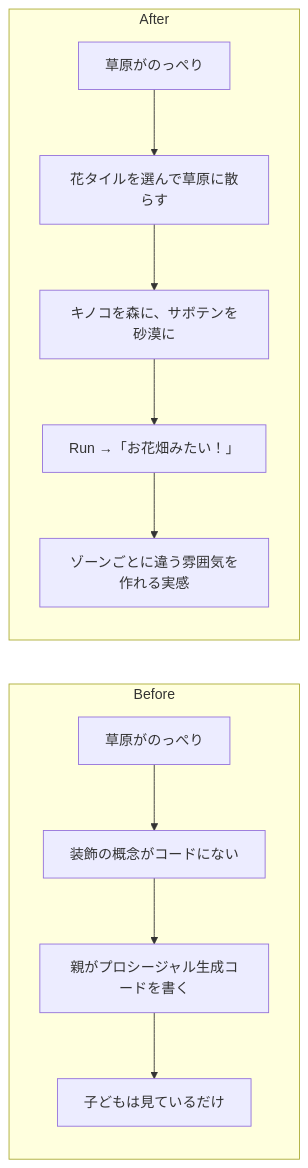
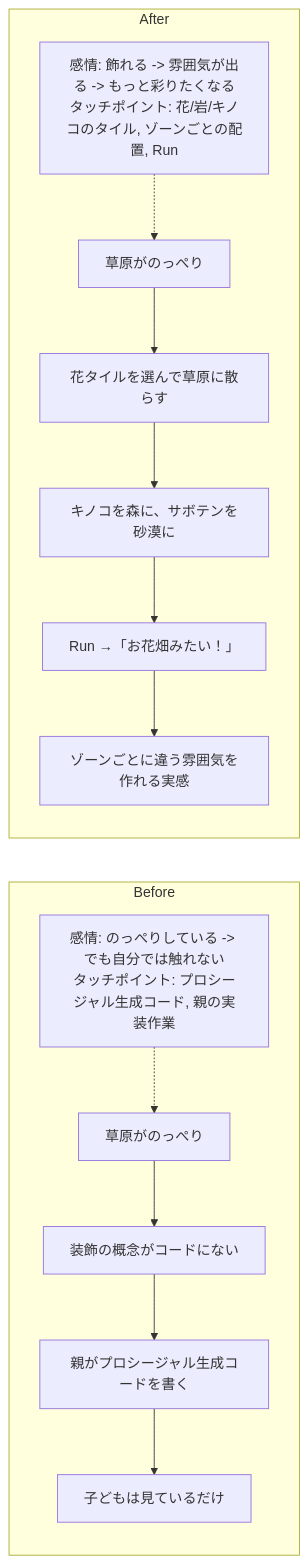
The fifth of 42 diagrams in docs/product-requirements/customer-journeys.md (tatsuro-ueda/code-quest-pyxel), drawn with Mermaid before and after one commit. The commit also changed other lines of this file and 23 other files, not shown here.

````diff
--- a/docs/product-requirements/customer-journeys.md
+++ b/docs/product-requirements/customer-journeys.md
@@ -95,14 +113,18 @@
 ```mermaid
 flowchart LR
     subgraph Before["Before"]
+        BM["感情: のっぺりしている -> でも自分では触れない<br/>タッチポイント: プロシージャル生成コード, 親の実装作業"]
+        BM -.-> B1
         B1[草原がのっぺり] --> B2[装飾の概念がコードにない]
         B2 --> B3[親がプロシージャル生成コードを書く]
         B3 --> B4[子どもは見ているだけ]
     end
     subgraph After["After"]
+        AM["感情: 飾れる -> 雰囲気が出る -> もっと彩りたくなる<br/>タッチポイント: 花/岩/キノコのタイル, ゾーンごとの配置, Run"]
+        AM -.-> A1
         A1[草原がのっぺり] --> A2[花タイルを選んで草原に散らす]
         A2 --> A3[キノコを森に、サボテンを砂漠に]
         A3 --> A4[Run →「お花畑みたい！」]
         A4 --> A5[ゾーンごとに違う雰囲気を作れる実感]
     end
 ```
````
